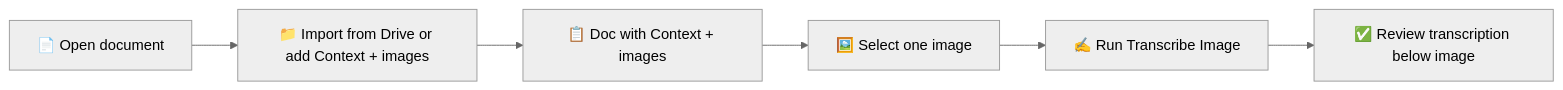
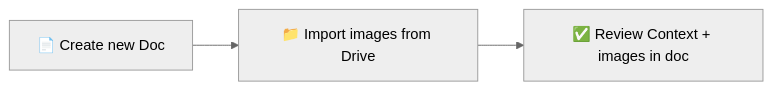
One commit to dekochka/geneascript-gdoc-addon changed the first of 2 diagrams in docs/USER_GUIDE.md. Above: the diagram before and after it, drawn with Mermaid (neutral theme). The commit also changed other lines of this file, not shown here.

Commit message:
docs: split User flow into Create doc/Import and Transcribe flow diagrams

````diff
--- a/docs/USER_GUIDE.md
+++ b/docs/USER_GUIDE.md
@@ -7,8 +9,5 @@
 ```mermaid
 flowchart LR
-  A[📄 Open document] --> B[📁 Import from Drive or add Context + images]
-  B --> C[📋 Doc with Context + images]
-  C --> D[🖼️ Select one image]
-  D --> E[✍️ Run Transcribe Image]
-  E --> F[✅ Review transcription below image]
+  A[📄 Create new Doc] --> B[📁 Import images from Drive]
+  B --> C[✅ Review Context + images in doc]
 ```
````
